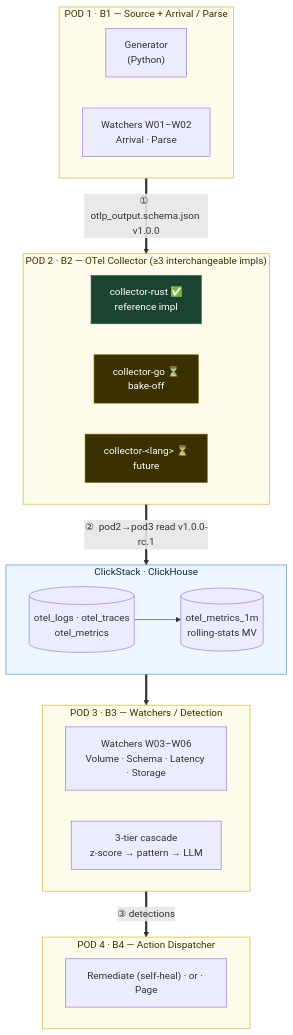
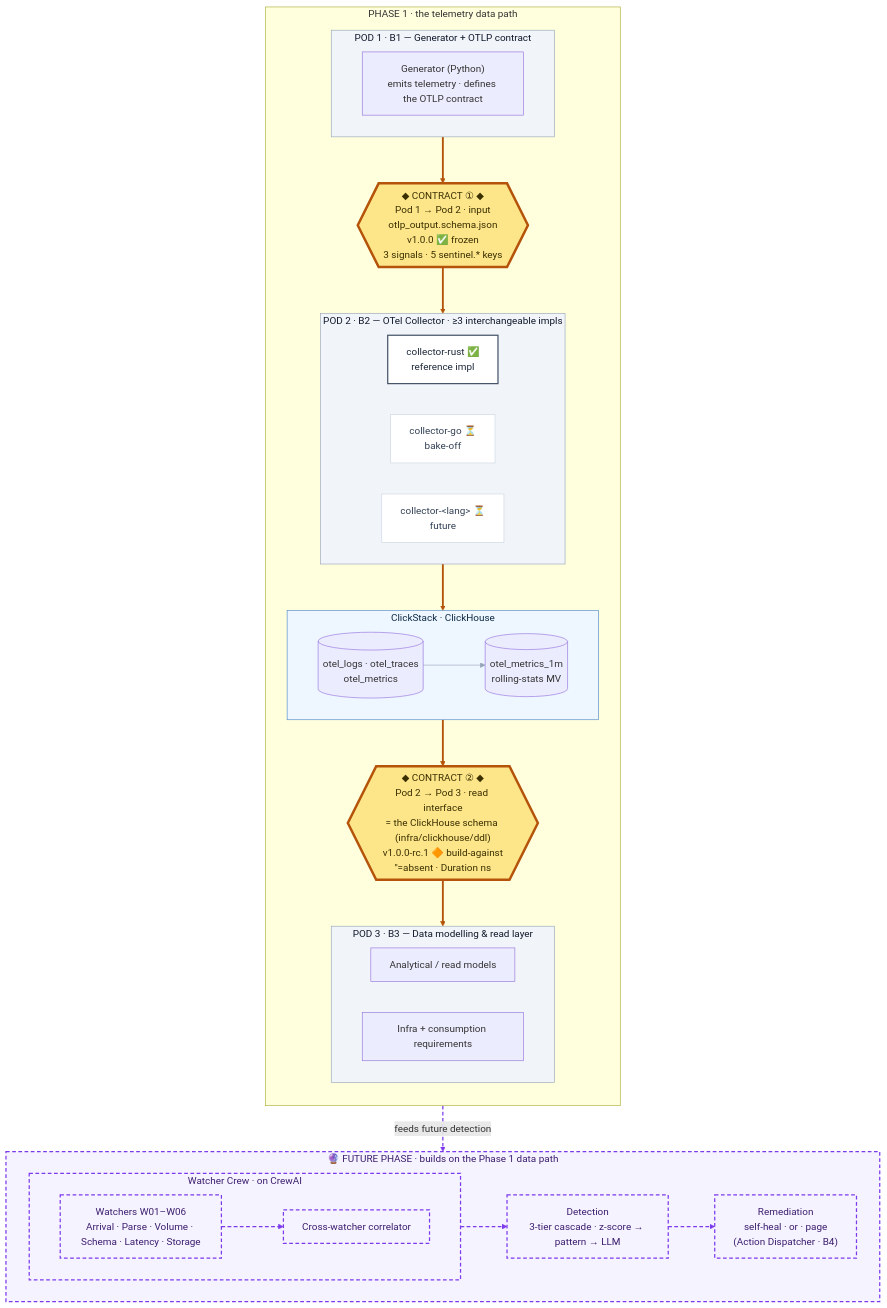
The diagram in README.md (luanmorenommaciel/sentinel), drawn with Mermaid before and after one commit. The commit also changed other lines of this file and 13 other files, not shown here.

First line of the commit message:
feat(arch-review): architecture-communication framework + README Phase-1 realignment

````diff
--- a/README.md
+++ b/README.md
@@ -14,46 +14,66 @@
 ```mermaid
 flowchart TB
-    subgraph POD1["POD 1 · B1 — Source + Arrival / Parse"]
-        direction LR
-        GEN["Generator<br/>(Python)"]
-        W12["Watchers W01–W02<br/>Arrival · Parse"]
+    subgraph PHASE1["PHASE 1 · the telemetry data path"]
+        direction TB
+        subgraph POD1["POD 1 · B1 — Generator + OTLP contract"]
+            GEN["Generator (Python)<br/>emits telemetry · defines the OTLP contract"]
+        end
+
+        C1{{"◆ CONTRACT ① ◆<br/>Pod 1 → Pod 2 · input<br/>otlp_output.schema.json<br/>v1.0.0 ✅ frozen<br/>3 signals · 5 sentinel.* keys"}}
+
+        subgraph POD2["POD 2 · B2 — OTel Collector · ≥3 interchangeable impls"]
+            direction LR
+            CRUST["collector-rust ✅<br/>reference impl"]
+            CGO["collector-go ⏳<br/>bake-off"]
+            C3["collector-&lt;lang&gt; ⏳<br/>future"]
+        end
+
+        subgraph STORE["ClickStack · ClickHouse"]
+            direction LR
+            RAW[("otel_logs · otel_traces<br/>otel_metrics")]
+            MV[("otel_metrics_1m<br/>rolling-stats MV")]
+            RAW --> MV
+        end
+
+        C2{{"◆ CONTRACT ② ◆<br/>Pod 2 → Pod 3 · read interface<br/>= the ClickHouse schema (infra/clickhouse/ddl)<br/>v1.0.0-rc.1 🔶 build-against<br/>''=absent · Duration ns"}}
+
+        subgraph POD3["POD 3 · B3 — Data modelling & read layer"]
+            direction LR
+            DM["Analytical / read models"]
+            REQ["Infra + consumption requirements"]
+        end
+
+        POD1 ==> C1 ==> POD2 ==> STORE ==> C2 ==> POD3
     end
 
-    subgraph POD2["POD 2 · B2 — OTel Collector  (≥3 interchangeable impls)"]
+    subgraph FUTURE["🔮 FUTURE PHASE · builds on the Phase 1 data path"]
         direction LR
-        CRUST["collector-rust ✅<br/>reference impl"]
-        CGO["collector-go ⏳<br/>bake-off"]
-        C3["collector-&lt;lang&gt; ⏳<br/>future"]
+        subgraph CREW["Watcher Crew · on CrewAI"]
+            direction LR
+            WATCH["Watchers W01–W06<br/>Arrival · Parse · Volume · Schema · Latency · Storage"]
+            XCORR["Cross-watcher correlator"]
+            WATCH --> XCORR
+        end
+        DETECT["Detection<br/>3-tier cascade · z-score → pattern → LLM"]
+        REMED["Remediation<br/>self-heal · or · page<br/>(Action Dispatcher · B4)"]
+        CREW --> DETECT --> REMED
     end
 
-    subgraph STORE["ClickStack · ClickHouse"]
-        direction LR
-        RAW[("otel_logs · otel_traces<br/>otel_metrics")]
-        MV[("otel_metrics_1m<br/>rolling-stats MV")]
-        RAW --> MV
-    end
+    POD3 -.->|"feeds future detection"| FUTURE
 
-    subgraph POD3["POD 3 · B3 — Watchers / Detection"]
-        direction LR
-        W36["Watchers W03–W06<br/>Volume · Schema · Latency · Storage"]
-        CASCADE["3-tier cascade<br/>z-score → pattern → LLM"]
-    end
-
-    subgraph POD4["POD 4 · B4 — Action Dispatcher"]
-        ACT["Remediate (self-heal) · or · Page"]
-    end
-
-    POD1 == "①  otlp_output.schema.json v1.0.0" ==> POD2
-    POD2 == "②  pod2→pod3 read v1.0.0-rc.1" ==> STORE
-    STORE ==> POD3
-    POD3 == "③  detections" ==> POD4
-
-    classDef pod fill:#fffbea,stroke:#d4a72c,color:#3a2f00;
+    classDef contract fill:#fde68a,stroke:#b45309,stroke-width:4px,color:#3a2f00;
+    classDef zone fill:#f1f5f9,stroke:#94a3b8,color:#0f172a;
     classDef store fill:#eef6ff,stroke:#4a86c5,color:#0d2a45;
-    classDef done fill:#1b4332,stroke:#2d6a4f,color:#fff;
-    classDef wip fill:#3a3000,stroke:#7a6500,color:#fff;
-    class POD1,POD2,POD3,POD4 pod;
+    classDef impl fill:#ffffff,stroke:#cbd5e1,color:#334155;
+    classDef refimpl fill:#ffffff,stroke:#475569,stroke-width:2px,color:#1e293b;
+    classDef future fill:#f5f3ff,stroke:#7c3aed,stroke-width:2px,stroke-dasharray:6 4,color:#3b1d6e;
+    class C1,C2 contract;
+    class POD1,POD2,POD3 zone;
     class STORE store;
-    class CRUST done;
-    class CGO,C3 wip;
+    class CGO,C3 impl;
+    class CRUST refimpl;
+    class FUTURE,CREW,WATCH,XCORR,DETECT,REMED future;
+    linkStyle 0 stroke:#94a3b8,stroke-width:1px;
+    linkStyle 1,2,3,4,5 stroke:#b45309,stroke-width:3px;
+    linkStyle 6,7,8,9 stroke:#7c3aed,stroke-width:2px,stroke-dasharray:6 4;
 ```
````
